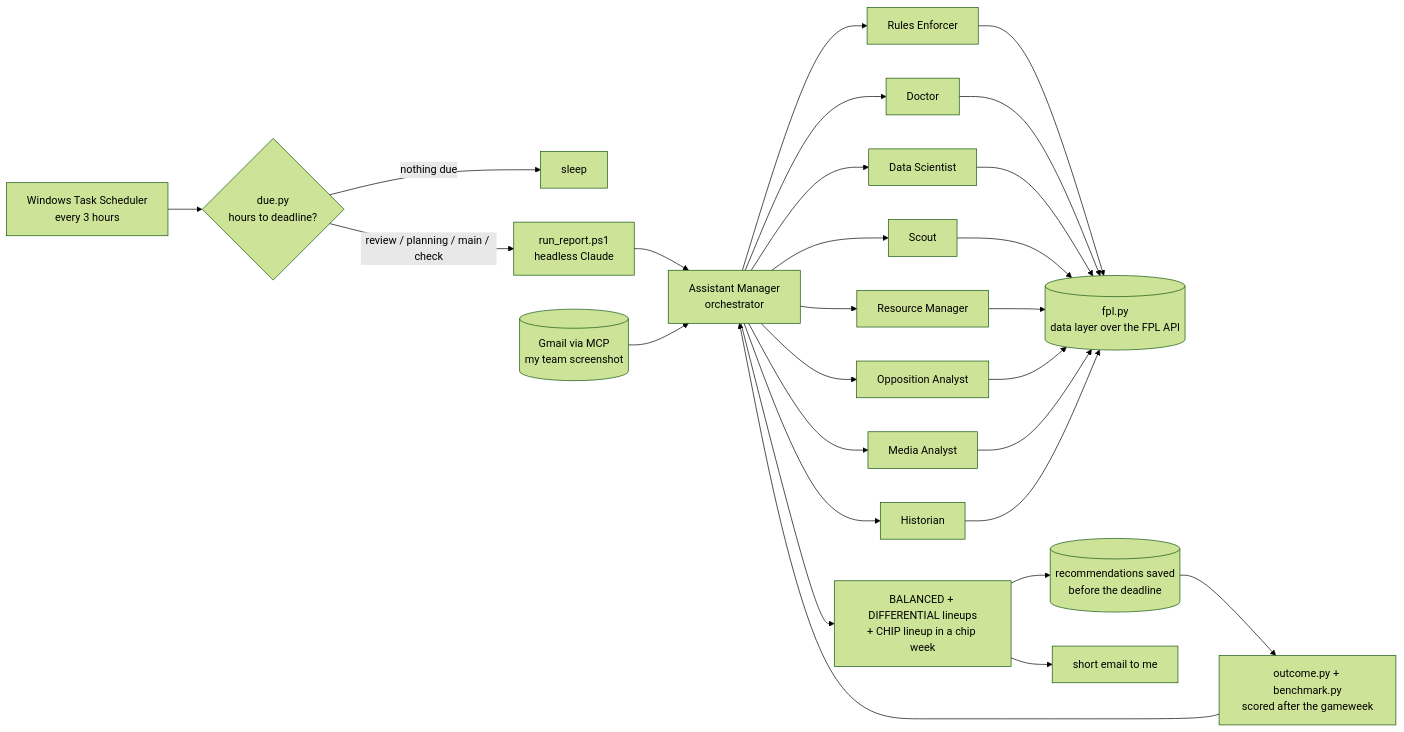
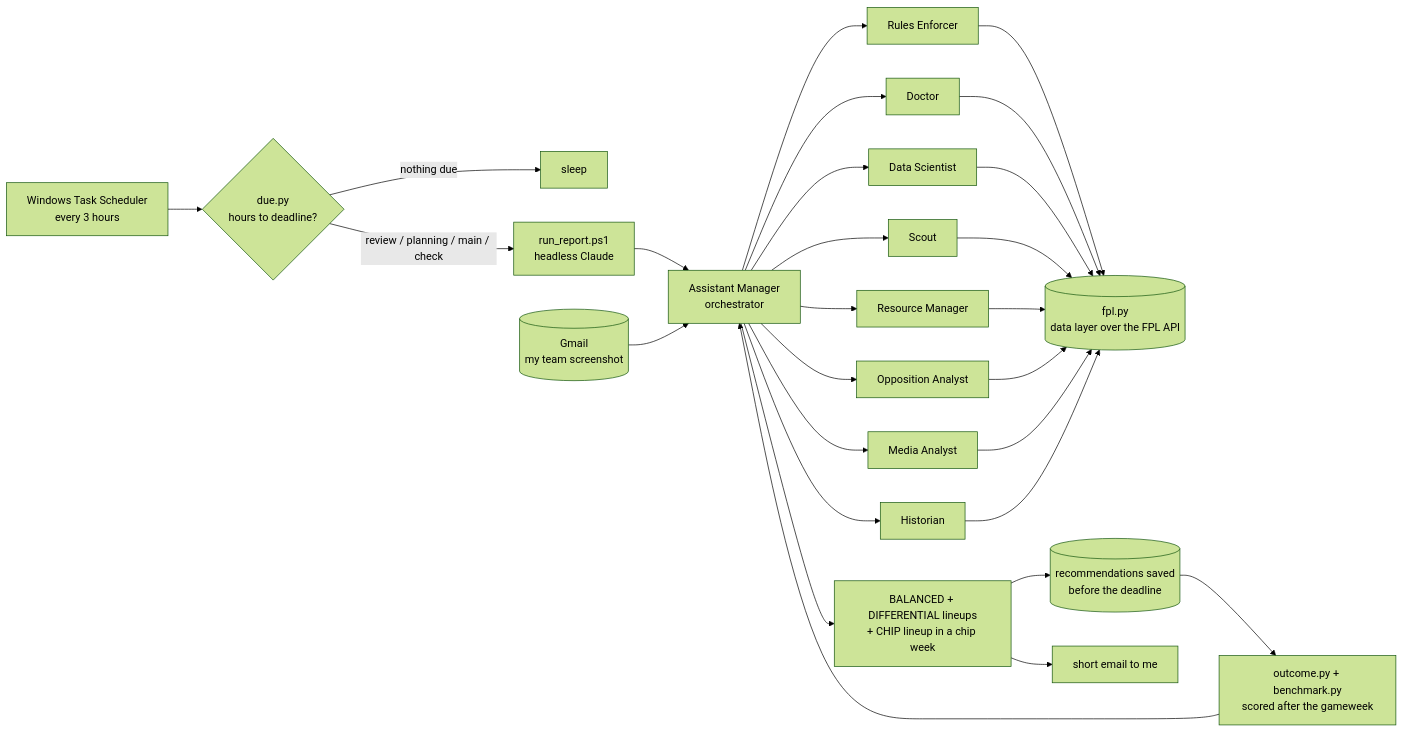
The diagram in README.md (idoshalom1997/FPL-Multi-Agent-AI), drawn with Mermaid (forest theme) before and after one commit. The commit also changed other lines of this file and 2 other files, not shown here.

````diff
--- a/README.md
+++ b/README.md
@@ -60,15 +60,15 @@
 ```mermaid
 flowchart LR
     T[Windows Task Scheduler<br/>every 3 hours] --> D{due.py<br/>hours to deadline?}
     D -->|nothing due| Z[sleep]
     D -->|review / planning / main / check| R[run_report.ps1<br/>headless Claude]
     R --> AM[Assistant Manager<br/>orchestrator]
-    G[(Gmail via MCP<br/>my team screenshot)] --> AM
+    G[(Gmail<br/>my team screenshot)] --> AM
     AM --> S1[Rules Enforcer] & S2[Doctor] & S3[Data Scientist] & S4[Scout] & S5[Resource Manager] & S6[Opposition Analyst] & S7[Media Analyst] & S8[Historian]
     S1 & S2 & S3 & S4 & S5 & S6 & S7 & S8 --> F[(fpl.py<br/>data layer over the FPL API)]
     AM --> L[BALANCED + DIFFERENTIAL lineups<br/>+ CHIP lineup in a chip week]
     L --> REC[(recommendations saved<br/>before the deadline)]
     L --> M[short email to me]
     REC --> O[outcome.py + benchmark.py<br/>scored after the gameweek]
     O --> AM
 ```
````
